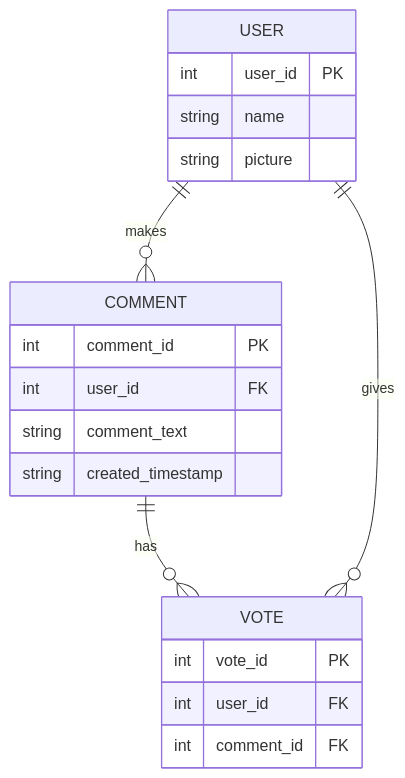
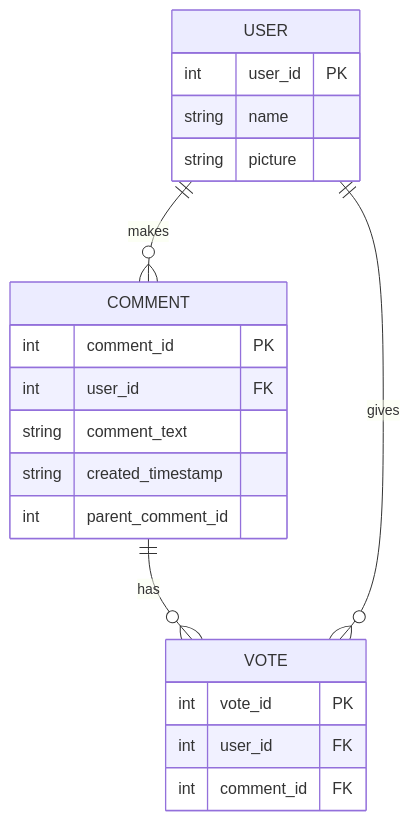
Before and after one commit to slcao2/ouija-board-enigma: the diagram in README.md, drawn with Mermaid. The commit also changed other lines of this file and 2 other files, not shown here.

````diff
--- a/README.md
+++ b/README.md
@@ -32,22 +36,23 @@
 ```mermaid
 erDiagram
     COMMENT {
         int comment_id PK
         int user_id FK
         string comment_text
         string created_timestamp
+        int parent_comment_id
     }
     USER {
         int user_id PK
         string name
         string picture
     }
     VOTE {
         int vote_id PK
         int user_id FK
         int comment_id FK
     }
     USER ||--o{ COMMENT : makes
     COMMENT ||--o{ VOTE : has
     USER ||--o{ VOTE : gives
 ```
````
